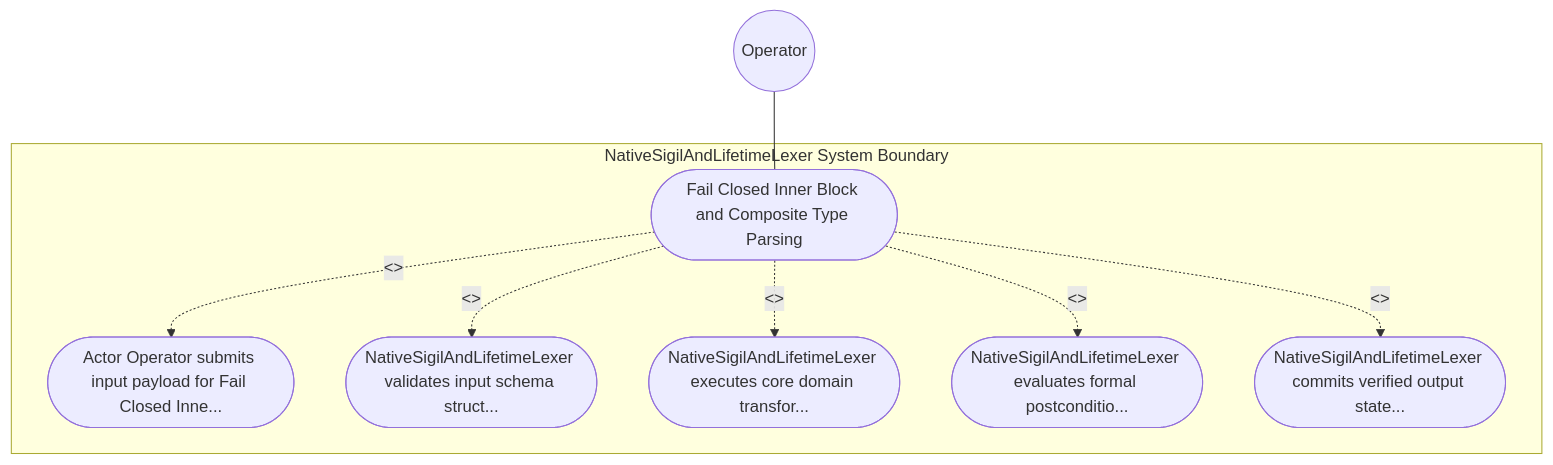
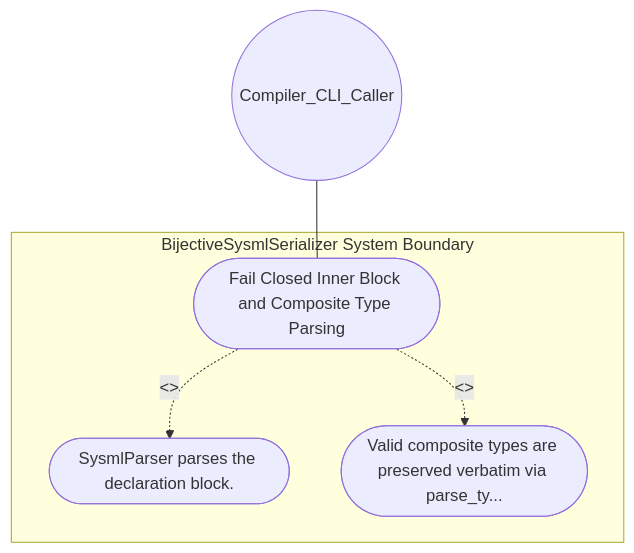
Before and after one commit to gintatkinson/DEAP01-spec-core: the diagram in .pipeline/upstream/docs/use-cases/UC-12-Fail_Closed_Inner_Block_and_Composite_Type_Parsing.md, drawn with Mermaid. The commit also changed other lines of this file and 213 other files, not shown here.

````diff
--- a/.pipeline/upstream/docs/use-cases/UC-12-Fail_Closed_Inner_Block_and_Composite_Type_Parsing.md
+++ b/.pipeline/upstream/docs/use-cases/UC-12-Fail_Closed_Inner_Block_and_Composite_Type_Parsing.md
@@ -16,17 +16,11 @@
 ```mermaid
 graph TD
-    subgraph "NativeSigilAndLifetimeLexer System Boundary"
+    subgraph "BijectiveSysmlSerializer System Boundary"
         UC_Main(["Fail Closed Inner Block and Composite Type Parsing"])
-        UC_Step01(["Actor Operator submits input payload for Fail Closed Inne..."])
-        UC_Step02(["NativeSigilAndLifetimeLexer validates input schema struct..."])
-        UC_Step03(["NativeSigilAndLifetimeLexer executes core domain transfor..."])
-        UC_Step04(["NativeSigilAndLifetimeLexer evaluates formal postconditio..."])
-        UC_Step05(["NativeSigilAndLifetimeLexer commits verified output state..."])
+        UC_Step01(["SysmlParser parses the declaration block."])
+        UC_Step02(["Valid composite types are preserved verbatim via parse_ty..."])
     end
-    Operator(("Operator")) --- UC_Main
+    Compiler_CLI_Caller(("Compiler_CLI_Caller")) --- UC_Main
     UC_Main -. "<<include>>" .-> UC_Step01
     UC_Main -. "<<include>>" .-> UC_Step02
-    UC_Main -. "<<include>>" .-> UC_Step03
-    UC_Main -. "<<include>>" .-> UC_Step04
-    UC_Main -. "<<include>>" .-> UC_Step05
 ```
````
